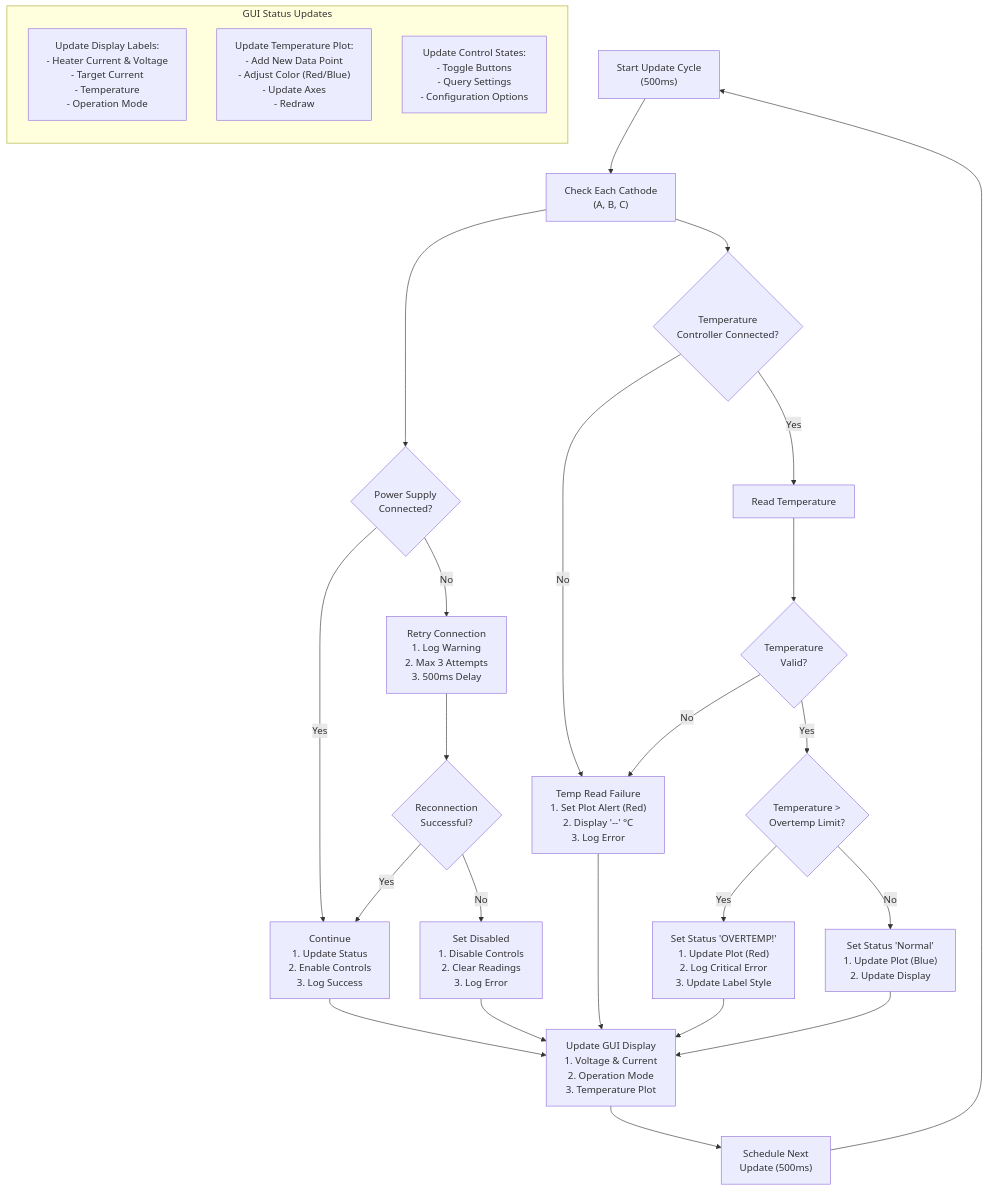
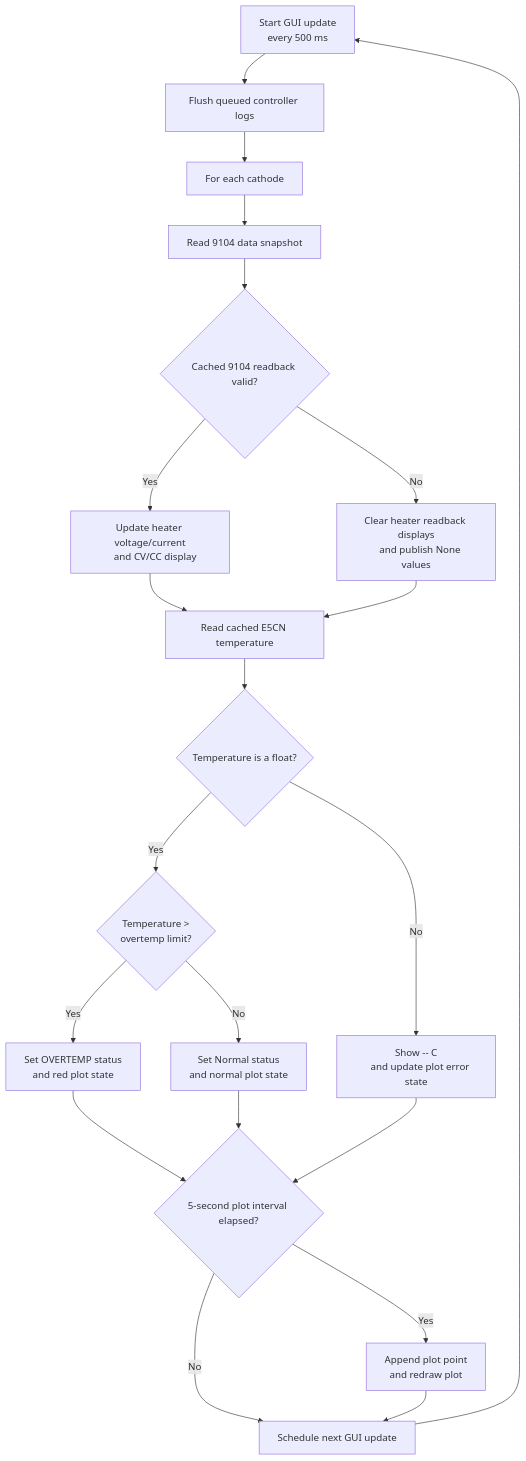
Before and after one commit to uw-loci/EBEAM_dashboard: the fourth of 6 diagrams in subsystem/cathode_heating/README.md, drawn with Mermaid. The commit also changed other lines of this file and 3 other files, not shown here.

````diff
--- a/subsystem/cathode_heating/README.md
+++ b/subsystem/cathode_heating/README.md
@@ -347,83 +460,33 @@
 ```mermaid
 flowchart TB
-    Start["Start Update Cycle
-    (500ms)"] --> ParallelCheck["Check Each Cathode
-    (A, B, C)"]
-    
-    ParallelCheck --> PSCheck{"Power Supply
-    Connected?"}
-    ParallelCheck --> TempCheck{"Temperature
-    Controller Connected?"}
-    
-    PSCheck -->|Yes| PSResume
-    PSCheck -->|No| PSRetry["Retry Connection
-    1. Log Warning
-    2. Max 3 Attempts
-    3. 500ms Delay"]
-    PSRetry --> PSSuccess{"Reconnection
-    Successful?"}
-    
-    PSSuccess -->|Yes| PSResume["Continue
-    1. Update Status
-    2. Enable Controls
-    3. Log Success"]
+    Start["Start GUI update
+    every 500 ms"] --> FlushLogs["Flush queued controller logs"]
+    FlushLogs --> EachCathode["For each cathode"]
+    EachCathode --> ReadCache["Read 9104 data snapshot"]
+    ReadCache --> CacheOK{"Cached 9104 readback valid?"}
+    CacheOK -- Yes --> UpdatePS["Update heater voltage/current
+    and CV/CC display"]
+    CacheOK -- No --> ClearPS["Clear heater readback displays
+    and publish None values"]
 
-    PSSuccess -->|No| PSFail["Set Disabled
-    1. Disable Controls
-    2. Clear Readings
-    3. Log Error"]
-    
-    TempCheck -->|No| TempFail["Temp Read Failure
-    1. Set Plot Alert (Red)
-    2. Display '--' °C
-    3. Log Error"]
-    TempCheck -->|Yes| ReadTemp["Read Temperature"]
-    
-    ReadTemp --> ValidateTemp{"Temperature
-    Valid?"}
-    ValidateTemp -->|No| TempFail
-    ValidateTemp -->|Yes| CheckOT{"Temperature >
-    Overtemp Limit?"}
-    
-    CheckOT -->|Yes| OTActions[" Set Status 'OVERTEMP!'
-    1. Update Plot (Red)
-    2. Log Critical Error
-    3. Update Label Style"]
-    CheckOT -->|No| NormalTemp["Set Status 'Normal'
-    1. Update Plot (Blue)
-    2. Update Display"]
-    
-    PSResume --> UpdateDisplay["Update GUI Display
-    1. Voltage & Current
-    2. Operation Mode
-    3. Temperature Plot"]
-    PSFail --> UpdateDisplay
-    OTActions --> UpdateDisplay
-    NormalTemp --> UpdateDisplay
-    TempFail --> UpdateDisplay
-    
-    UpdateDisplay --> NextCycle["Schedule Next
-    Update (500ms)"]
-    
-    NextCycle --> Start
-    
-    subgraph GUI_Updates["GUI Status Updates"]
-        direction TB
-        UpdateLabels["Update Display Labels:
-        - Heater Current & Voltage
-        - Target Current
-        - Temperature
-        - Operation Mode"]
-        
-        UpdatePlot["Update Temperature Plot:
-        - Add New Data Point
-        - Adjust Color (Red/Blue)
-        - Update Axes
-        - Redraw"]
-        
-        UpdateControls["Update Control States:
-        - Toggle Buttons
-        - Query Settings
-        - Configuration Options"]
-    end
+    UpdatePS --> ReadTemp["Read cached E5CN temperature"]
+    ClearPS --> ReadTemp
+    ReadTemp --> TempValid{"Temperature is a float?"}
+    TempValid -- No --> TempUnavailable["Show -- C
+    and update plot error state"]
+    TempValid -- Yes --> CheckOT{"Temperature >
+    overtemp limit?"}
+    CheckOT -- Yes --> OTActions["Set OVERTEMP status
+    and red plot state"]
+    CheckOT -- No --> NormalTemp["Set Normal status
+    and normal plot state"]
+
+    OTActions --> PlotCheck{"5-second plot interval elapsed?"}
+    NormalTemp --> PlotCheck
+    TempUnavailable --> PlotCheck
+    PlotCheck -- Yes --> UpdatePlot["Append plot point
+    and redraw plot"]
+    PlotCheck -- No --> ScheduleNext["Schedule next GUI update"]
+    UpdatePlot --> ScheduleNext
+    ScheduleNext --> Start
 ```
````
